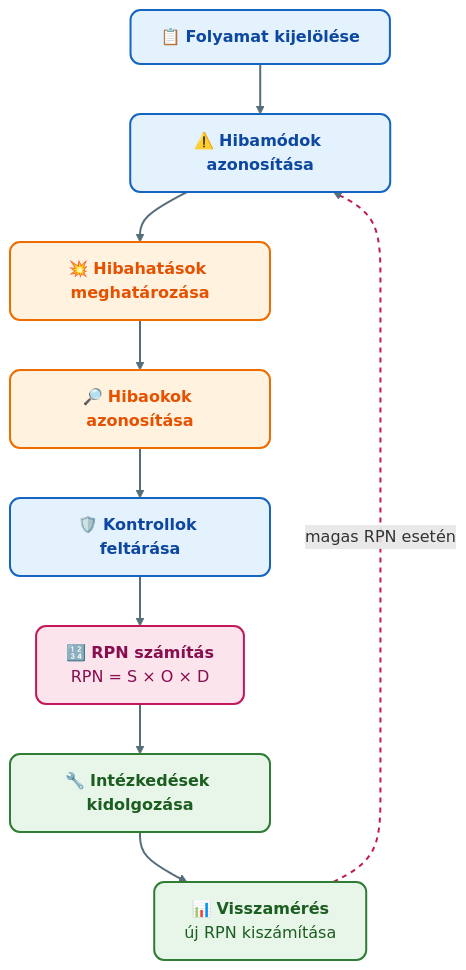
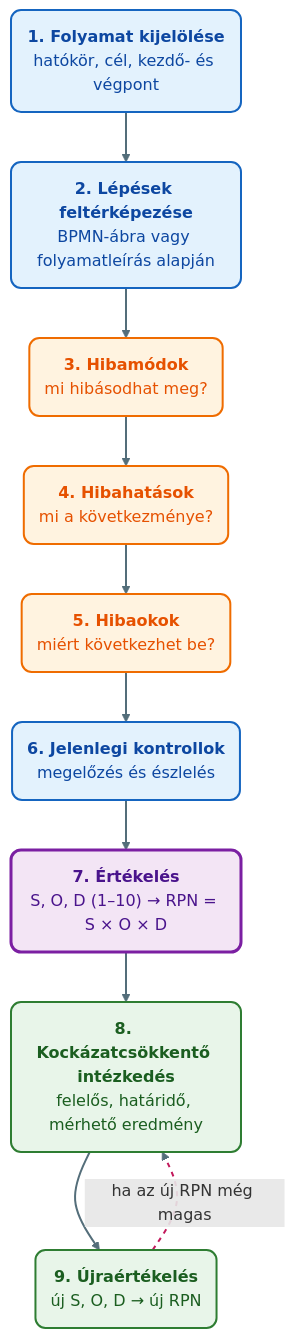
Before and after one commit to denespocsik/MM_BSC_Zarovizsga: the diagram in Tételek/V04-GMXSF2MBLF-Kockázatkezelés és FMEA.tétel.md, drawn with Mermaid. The commit also changed other lines of this file and 1 other file, not shown here.

First line of the commit message:
docs(V04): V04 tétel revíziója Novák 4. fejezete és a 8., 12., 13. lecke alapján

````diff
--- a/Tételek/V04-GMXSF2MBLF-Kockázatkezelés és FMEA.tétel.md
+++ b/Tételek/V04-GMXSF2MBLF-Kockázatkezelés és FMEA.tétel.md
@@ -21,19 +34,20 @@
 ```mermaid
 flowchart TD
-    A["📋 <b>Folyamat kijelölése</b>"]:::kek --> B["⚠️ <b>Hibamódok azonosítása</b>"]:::kek
-    B --> C["💥 <b>Hibahatások meghatározása</b>"]:::narancs
-    C --> D["🔎 <b>Hibaokok azonosítása</b>"]:::narancs
-    D --> E["🛡️ <b>Kontrollok feltárása</b>"]:::kek
-    E --> F["🔢 <b>RPN számítás</b><br/>RPN = S × O × D"]:::rozsa
-    F --> G["🔧 <b>Intézkedések kidolgozása</b>"]:::zold
-    G --> H["📊 <b>Visszamérés</b><br/>új RPN kiszámítása"]:::zold
-    H -- "magas RPN esetén" --> B
+    A("<b>1. Folyamat kijelölése</b><br/>hatókör, cél, kezdő- és végpont"):::kek --> B("<b>2. Lépések feltérképezése</b><br/>BPMN-ábra vagy folyamatleírás alapján"):::kek
+    B --> C("<b>3. Hibamódok</b><br/>mi hibásodhat meg?"):::narancs
+    C --> D("<b>4. Hibahatások</b><br/>mi a következménye?"):::narancs
+    D --> E("<b>5. Hibaokok</b><br/>miért következhet be?"):::narancs
+    E --> F("<b>6. Jelenlegi kontrollok</b><br/>megelőzés és észlelés"):::kek
+    F --> G("<b>7. Értékelés</b><br/>S, O, D (1–10) → RPN = S × O × D"):::lilaH
+    G --> H("<b>8. Kockázatcsökkentő intézkedés</b><br/>felelős, határidő, mérhető eredmény"):::zold
+    H --> I("<b>9. Újraértékelés</b><br/>új S, O, D → új RPN"):::zold
+    I -- "ha az új RPN még magas" --> H
 
     classDef kek     fill:#e3f2fd,stroke:#1565c0,stroke-width:2px,color:#0d47a1,rx:10,ry:10;
     classDef zold    fill:#e8f5e9,stroke:#2e7d32,stroke-width:2px,color:#1b5e20,rx:10,ry:10;
     classDef narancs fill:#fff3e0,stroke:#ef6c00,stroke-width:2px,color:#e65100,rx:10,ry:10;
-    classDef rozsa   fill:#fce4ec,stroke:#c2185b,stroke-width:2px,color:#880e4f,rx:10,ry:10;
+    classDef lilaH   fill:#f3e5f5,stroke:#7b1fa2,stroke-width:3px,color:#4a148c,rx:10,ry:10;
 
     linkStyle default stroke:#546e7a,stroke-width:2px;
-    linkStyle 7 stroke:#c2185b,stroke-width:2px,stroke-dasharray: 5 5;
+    linkStyle 8 stroke:#c2185b,stroke-width:2px,stroke-dasharray: 5 5;
 ```
````
